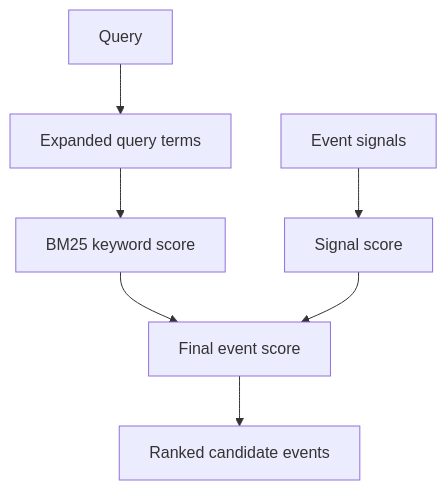
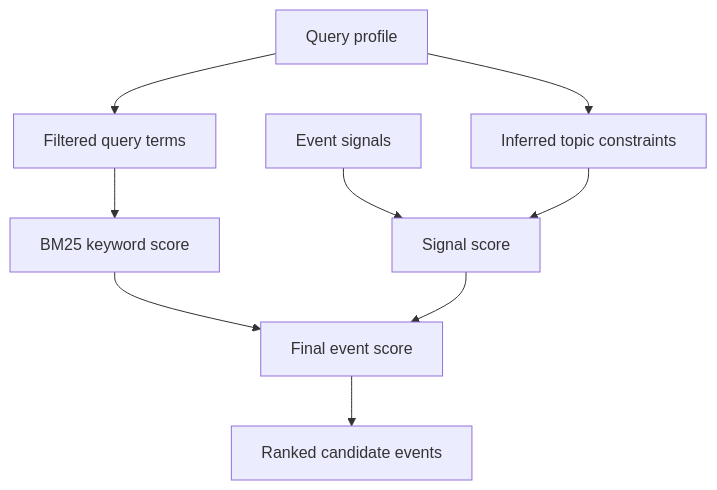
The fifth of 11 diagrams in docs/WALKTHROUGH.md (mithleshupadhyay/memorae_memory), drawn with Mermaid before and after one commit. The commit also changed other lines of this file and 7 other files, not shown here.

````diff
--- a/docs/WALKTHROUGH.md
+++ b/docs/WALKTHROUGH.md
@@ -251,9 +254,11 @@
 ```mermaid
 flowchart TD
-    A[Query] --> B[Expanded query terms]
+    A[Query profile] --> B[Filtered query terms]
     B --> C[BM25 keyword score]
-    D[Event signals] --> E[Signal score]
-    C --> F[Final event score]
-    E --> F
-    F --> G[Ranked candidate events]
+    A --> D[Inferred topic constraints]
+    E[Event signals] --> F[Signal score]
+    D --> F
+    C --> G[Final event score]
+    F --> G
+    G --> H[Ranked candidate events]
 ```
````
